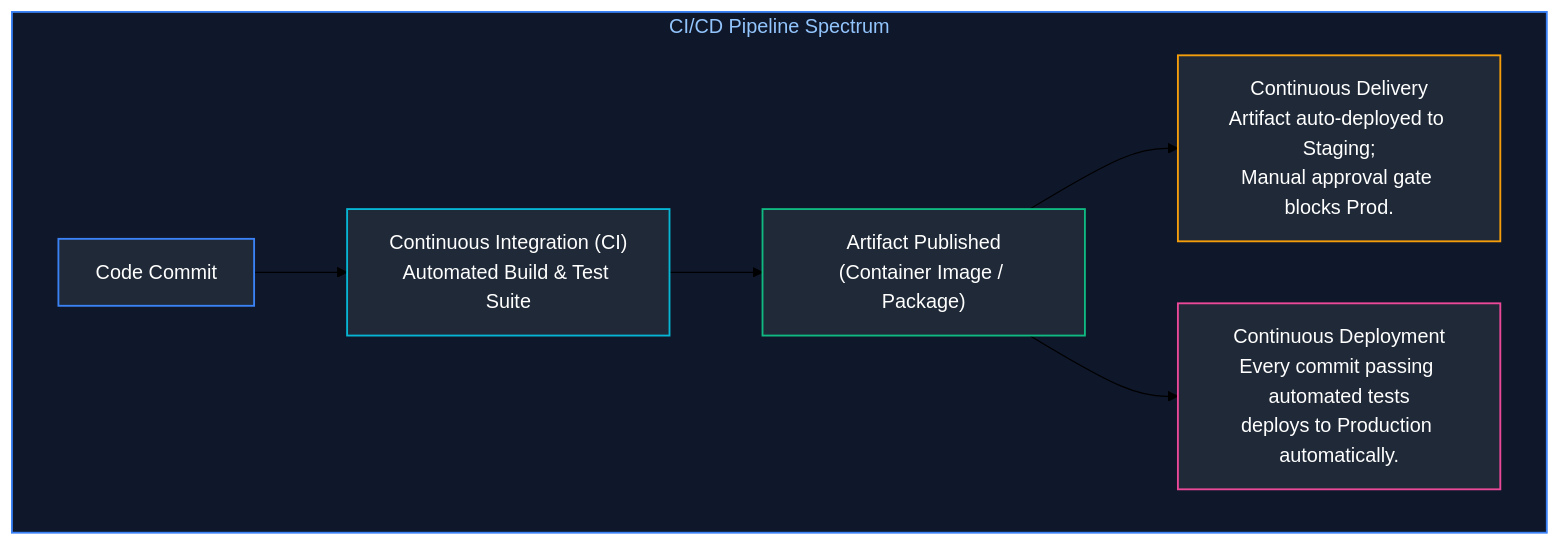
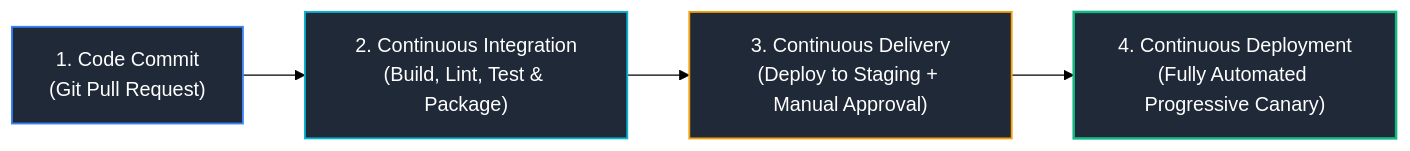
Before and after one commit to joydeep-biswas/Interview-Preparation: the third of 13 diagrams in Cloud Engineering/07_cicd_and_release_engineering.md, drawn with Mermaid (forest theme). The commit also changed other lines of this file and 143 other files, not shown here.

````diff
--- a/Cloud Engineering/07_cicd_and_release_engineering.md
+++ b/Cloud Engineering/07_cicd_and_release_engineering.md
@@ -96,17 +142,12 @@
 ```mermaid
-flowchart TD
-    subgraph CICD ["CI/CD Pipeline Spectrum"]
-        Commit["Code Commit"] --> CI["Continuous Integration (CI)<br/>Automated Build & Test Suite"]
-        CI --> Artifact["Artifact Published<br/>(Container Image / Package)"]
-        
-        Artifact --> CDeliver["Continuous Delivery<br/>Artifact auto-deployed to Staging;<br/>Manual approval gate blocks Prod."]
-        Artifact --> CDeploy["Continuous Deployment<br/>Every commit passing automated tests<br/>deploys to Production automatically."]
-    end
+flowchart LR
+    CodeCommit["1. Code Commit<br/>(Git Pull Request)"]
+    --> CI["2. Continuous Integration<br/>(Build, Lint, Test & Package)"]
+    --> CDeliv["3. Continuous Delivery<br/>(Deploy to Staging + Manual Approval)"]
+    --> CDeploy["4. Continuous Deployment<br/>(Fully Automated Progressive Canary)"]
 
-    style CICD fill:#0f172a,stroke:#3b82f6,stroke-width:1.5px,color:#93c5fd
-    style Commit fill:#1f2937,stroke:#3b82f6,stroke-width:1.5px,color:#fff
+    style CodeCommit fill:#1f2937,stroke:#3b82f6,stroke-width:1.5px,color:#fff
     style CI fill:#1f2937,stroke:#06b6d4,stroke-width:1.5px,color:#fff
-    style Artifact fill:#1f2937,stroke:#10b981,stroke-width:1.5px,color:#fff
-    style CDeliver fill:#1f2937,stroke:#f59e0b,stroke-width:1.5px,color:#fff
-    style CDeploy fill:#1f2937,stroke:#ec4899,stroke-width:1.5px,color:#fff
+    style CDeliv fill:#1f2937,stroke:#f59e0b,stroke-width:1.5px,color:#fff
+    style CDeploy fill:#1f2937,stroke:#10b981,stroke-width:2px,color:#fff
 ```
````
